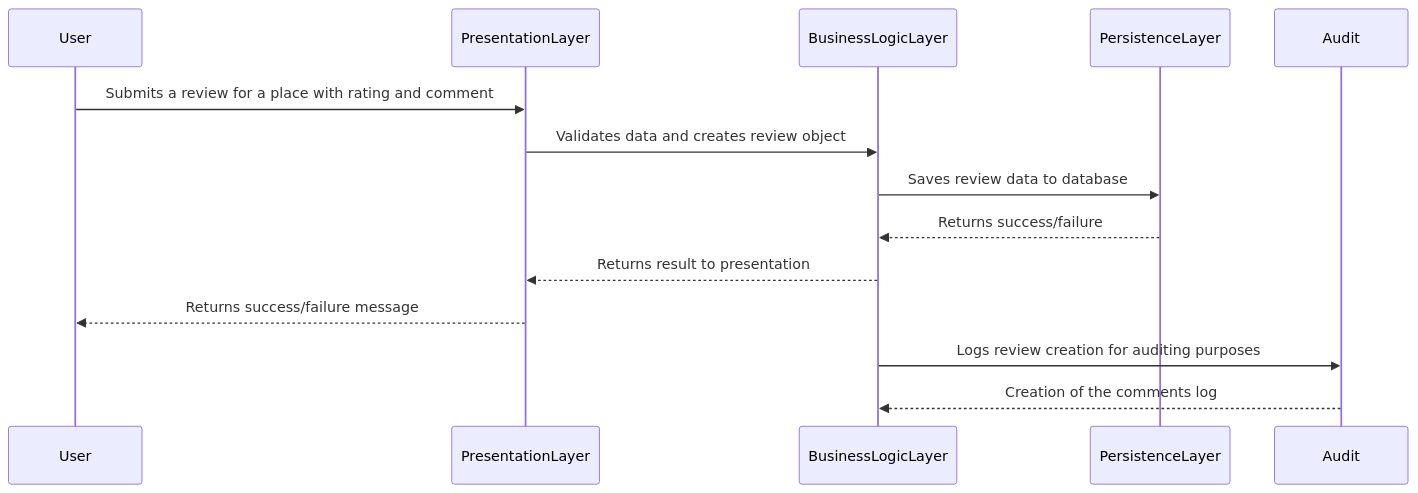
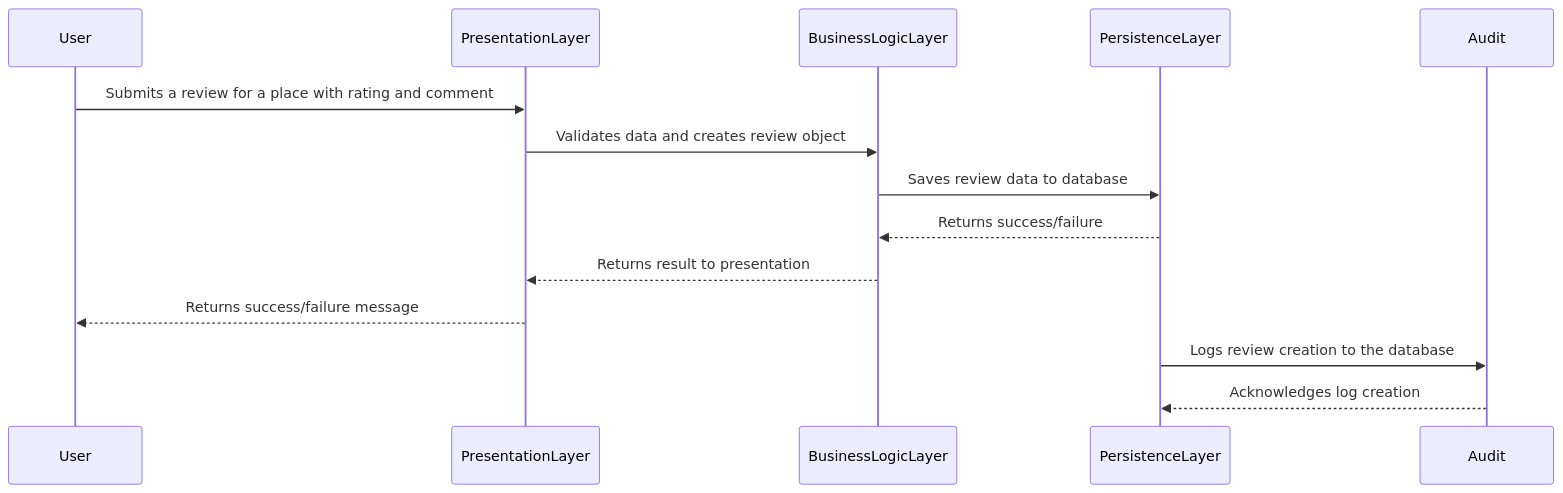
One commit to Maniok19/holbertonschool-hbnb changed the diagram in SequenceDiagramReviewSubmission.mmd. Above: the diagram before and after it, drawn with Mermaid.

Commit message:
Update sequence diagram for review submission to reflect changes in audit logging process

```diff
--- a/SequenceDiagramReviewSubmission.mmd
+++ b/SequenceDiagramReviewSubmission.mmd
@@ -1,15 +1,15 @@
 sequenceDiagram
   participant User
   participant PresentationLayer
   participant BusinessLogicLayer
   participant PersistenceLayer
   participant Audit
 
   User->>PresentationLayer: Submits a review for a place with rating and comment
   PresentationLayer->>BusinessLogicLayer: Validates data and creates review object
   BusinessLogicLayer->>PersistenceLayer: Saves review data to database
   PersistenceLayer-->>BusinessLogicLayer: Returns success/failure
   BusinessLogicLayer-->>PresentationLayer: Returns result to presentation
   PresentationLayer-->>User: Returns success/failure message
-  BusinessLogicLayer->>Audit: Logs review creation for auditing purposes
-  Audit-->>BusinessLogicLayer: Creation of the comments log
+  PersistenceLayer->>Audit: Logs review creation to the database
+  Audit-->>PersistenceLayer: Acknowledges log creation
```
